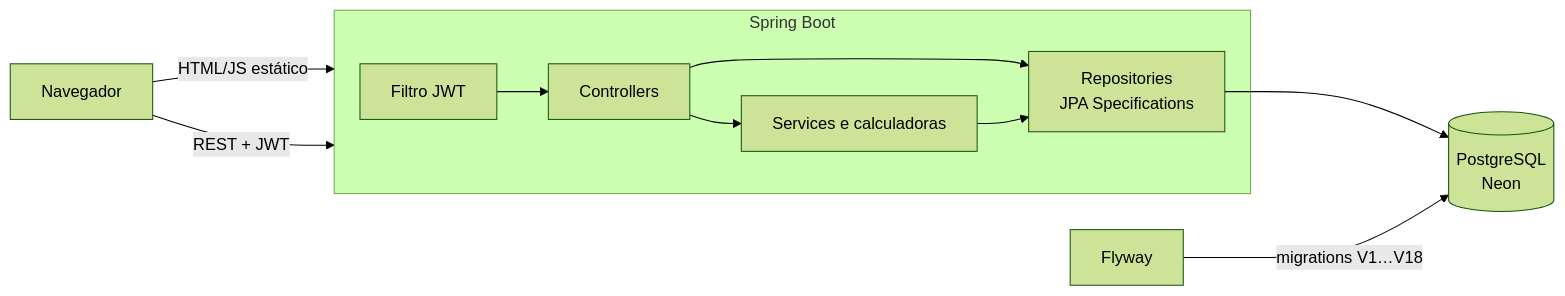
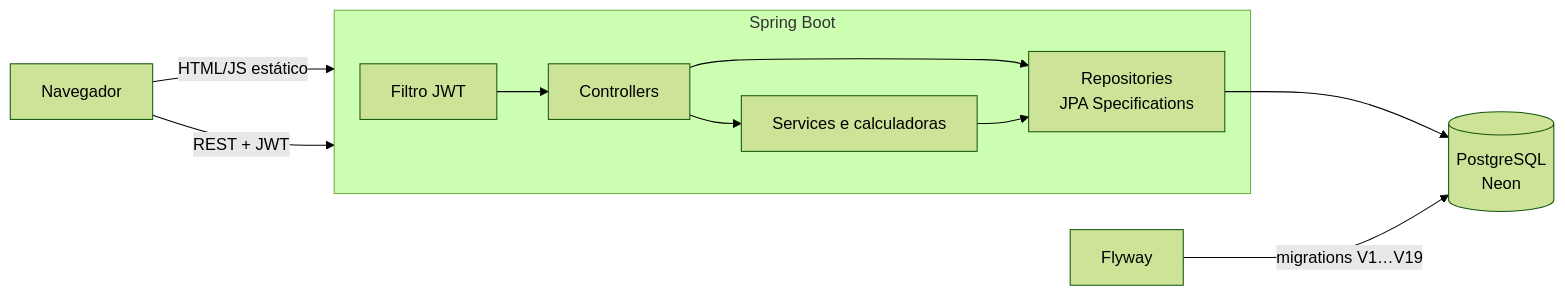
One commit to gustavoromanno/concursos-platform changed the first of 3 diagrams in README.md. Above: the diagram before and after it, drawn with Mermaid (forest theme). The commit also changed other lines of this file and 47 other files, not shown here.

````diff
--- a/README.md
+++ b/README.md
@@ -82,13 +91,13 @@
 ```mermaid
 flowchart LR
     U[Navegador] -->|HTML/JS estático| S
     U -->|REST + JWT| S
     subgraph S[Spring Boot]
         F[Filtro JWT] --> C[Controllers]
         C --> SV[Services e calculadoras]
         C --> R[Repositories<br/>JPA Specifications]
         SV --> R
     end
     R --> DB[(PostgreSQL<br/>Neon)]
-    FW[Flyway] -->|migrations V1…V18| DB
+    FW[Flyway] -->|migrations V1…V19| DB
 ```
````
